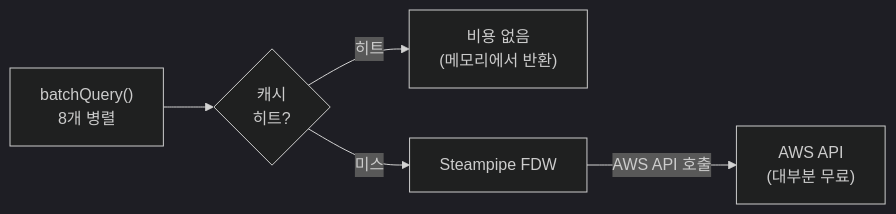
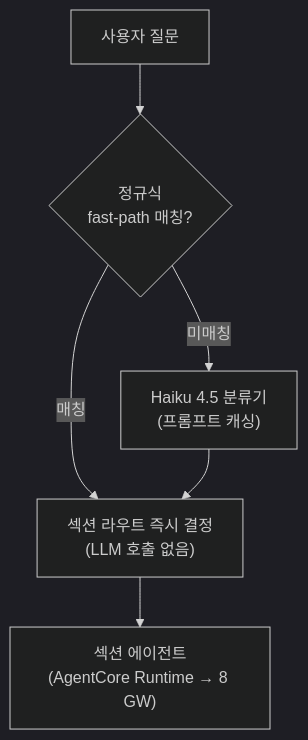
The third of 4 diagrams in docs-site/docs/faq/architecture.md (Atom-oh/awsops), drawn with Mermaid (dark theme) before and after one commit. The commit also changed other lines of this file and 14 other files, not shown here.

````diff
--- a/docs-site/docs/faq/architecture.md
+++ b/docs-site/docs/faq/architecture.md
@@ -753,7 +127,8 @@
 ```mermaid
-flowchart LR
-  BQ["batchQuery()<br/>8개 병렬"] --> CACHE{"캐시<br/>히트?"}
-  CACHE -->|"히트"| FREE["비용 없음<br/>(메모리에서 반환)"]
-  CACHE -->|"미스"| SP["Steampipe FDW"]
-  SP -->|"AWS API 호출"| AWS["AWS API<br/>(대부분 무료)"]
+flowchart TD
+  Q["사용자 질문"] --> REGEX{"정규식<br/>fast-path 매칭?"}
+  REGEX -->|"매칭"| ROUTE["섹션 라우트 즉시 결정<br/>(LLM 호출 없음)"]
+  REGEX -->|"미매칭"| HAIKU["Haiku 4.5 분류기<br/>(프롬프트 캐싱)"]
+  HAIKU --> ROUTE
+  ROUTE --> AGENT["섹션 에이전트<br/>(AgentCore Runtime → 8 GW)"]
 ```
````
